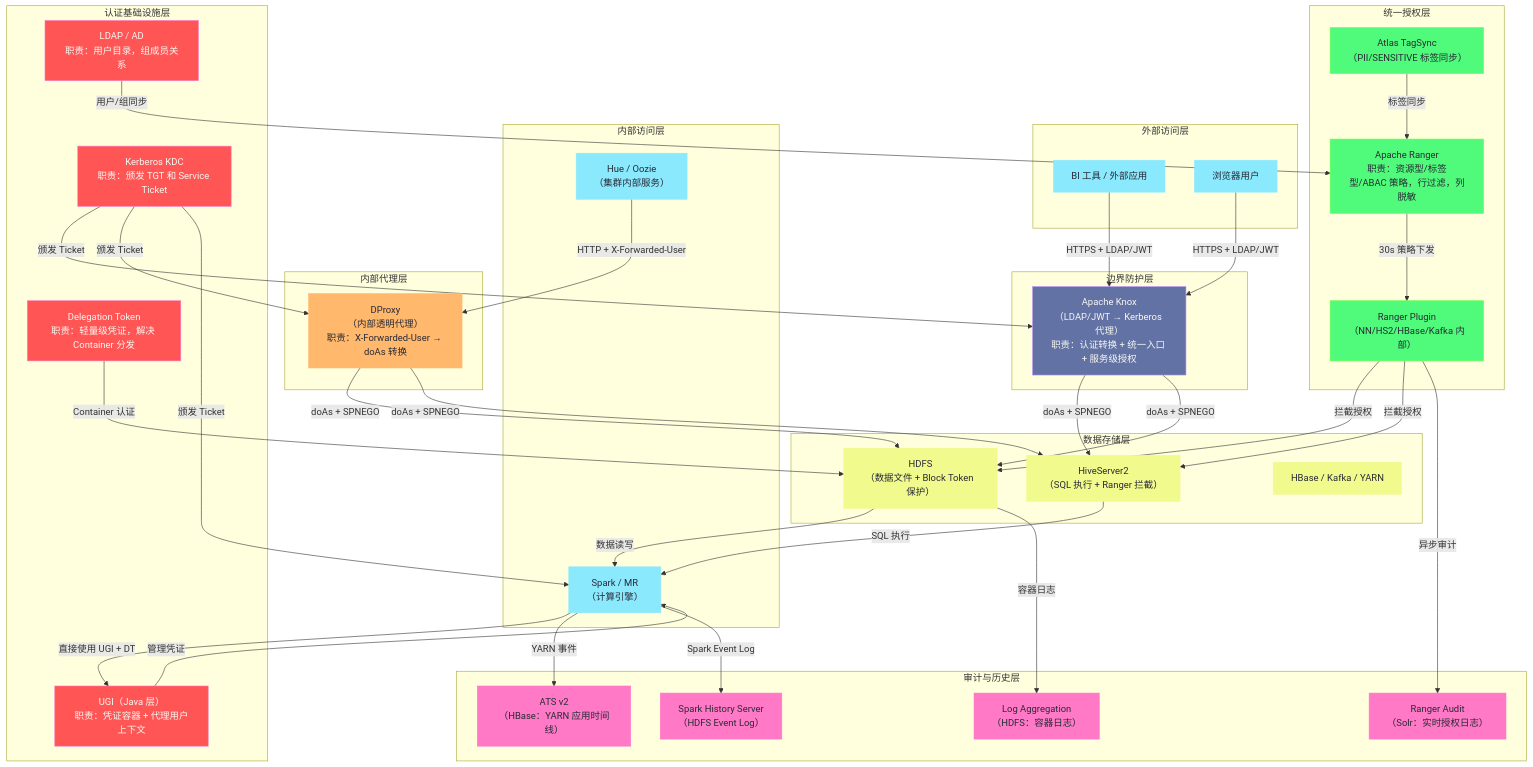
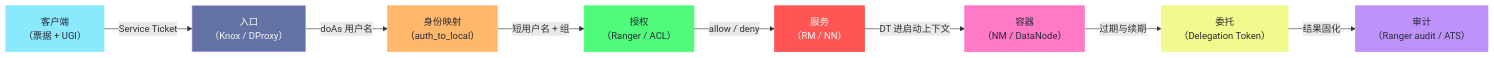
The first of 5 diagrams in content/大数据/安全与认证/08 大数据安全体系全景串联.md (hpliStartAgain/my-brain), drawn with Mermaid before and after one commit. The commit also changed other lines of this file and 455 other files, not shown here.

````diff
--- a/content/大数据/安全与认证/08 大数据安全体系全景串联.md
+++ b/content/大数据/安全与认证/08 大数据安全体系全景串联.md
@@ -484,85 +46,29 @@
 ```mermaid
 %%{init: {'theme': 'dracula'}}%%
-graph TD
-    classDef external fill:#8be9fd,stroke:#8be9fd,color:#282a36
-    classDef boundary fill:#6272a4,stroke:#bd93f9,color:#f8f8f2
-    classDef auth fill:#ff5555,stroke:#ff79c6,color:#f8f8f2
-    classDef authz fill:#50fa7b,stroke:#69ff47,color:#282a36
-    classDef proxy fill:#ffb86c,stroke:#ffb86c,color:#282a36
-    classDef audit fill:#ff79c6,stroke:#ff79c6,color:#282a36
-    classDef storage fill:#f1fa8c,stroke:#f1fa8c,color:#282a36
+flowchart LR
+    A["客户端</br>（票据 + UGI）"]:::c1
+    B["入口</br>（Knox / DProxy）"]:::c2
+    C["身份映射</br>（auth_to_local）"]:::c3
+    D["授权</br>（Ranger / ACL）"]:::c4
+    E["服务</br>（RM / NN）"]:::c5
+    F["容器</br>（NM / DataNode）"]:::c6
+    G["委托</br>（Delegation Token）"]:::c7
+    H["审计</br>（Ranger audit / ATS）"]:::c8
 
-    subgraph "外部访问层"
-        A1["BI 工具 / 外部应用"]:::external
-        A2["浏览器用户"]:::external
-    end
+    A -->|"Service Ticket"| B
+    B -->|"doAs 用户名"| C
+    C -->|"短用户名 + 组"| D
+    D -->|"allow / deny"| E
+    E -->|"DT 进启动上下文"| F
+    F -->|"过期与续期"| G
+    G -->|"结果固化"| H
 
-    subgraph "边界防护层"
-        B["Apache Knox</br>（LDAP/JWT → Kerberos 代理）</br>职责：认证转换 + 统一入口 + 服务级授权"]:::boundary
-    end
-
-    subgraph "内部访问层"
-        C1["Hue / Oozie</br>（集群内部服务）"]:::external
-        C2["Spark / MR</br>（计算引擎）"]:::external
-    end
-
-    subgraph "内部代理层"
-        D["DProxy</br>（内部透明代理）</br>职责：X-Forwarded-User → doAs 转换"]:::proxy
-    end
-
-    subgraph "认证基础设施层"
-        E1["Kerberos KDC</br>职责：颁发 TGT 和 Service Ticket"]:::auth
-        E2["LDAP / AD</br>职责：用户目录，组成员关系"]:::auth
-        E3["UGI（Java 层）</br>职责：凭证容器 + 代理用户上下文"]:::auth
-        E4["Delegation Token</br>职责：轻量级凭证，解决 Container 分发"]:::auth
-    end
-
-    subgraph "统一授权层"
-        F1["Apache Ranger</br>职责：资源型/标签型/ABAC 策略，行过滤，列脱敏"]:::authz
-        F2["Ranger Plugin</br>（NN/HS2/HBase/Kafka 内部）"]:::authz
-        F3["Atlas TagSync</br>（PII/SENSITIVE 标签同步）"]:::authz
-    end
-
-    subgraph "数据存储层"
-        G1["HDFS</br>（数据文件 + Block Token 保护）"]:::storage
-        G2["HiveServer2</br>（SQL 执行 + Ranger 拦截）"]:::storage
-        G3["HBase / Kafka / YARN"]:::storage
-    end
-
-    subgraph "审计与历史层"
-        H1["Ranger Audit</br>（Solr：实时授权日志）"]:::audit
-        H2["Log Aggregation</br>（HDFS：容器日志）"]:::audit
-        H3["ATS v2</br>（HBase：YARN 应用时间线）"]:::audit
-        H4["Spark History Server</br>（HDFS Event Log）"]:::audit
-    end
-
-    A1 -->|"HTTPS + LDAP/JWT"| B
-    A2 -->|"HTTPS + LDAP/JWT"| B
-    C1 -->|"HTTP + X-Forwarded-User"| D
-    C2 -->|"直接使用 UGI + DT"| E3
-
-    B -->|"doAs + SPNEGO"| G2
-    B -->|"doAs + SPNEGO"| G1
-    D -->|"doAs + SPNEGO"| G1
-    D -->|"doAs + SPNEGO"| G2
-
-    E1 -->|"颁发 Ticket"| B
-    E1 -->|"颁发 Ticket"| D
-    E1 -->|"颁发 Ticket"| C2
-    E2 -->|"用户/组同步"| F1
-    E3 -->|"管理凭证"| C2
-    E4 -->|"Container 认证"| G1
-
-    F1 -->|"30s 策略下发"| F2
-    F3 -->|"标签同步"| F1
-    F2 -->|"拦截授权"| G1
-    F2 -->|"拦截授权"| G2
-
-    G1 -->|"数据读写"| C2
-    G2 -->|"SQL 执行"| C2
-
-    F2 -->|"异步审计"| H1
-    G1 -->|"容器日志"| H2
-    C2 -->|"YARN 事件"| H3
-    C2 -->|"Spark Event Log"| H4
+    classDef c1 fill:#8be9fd,stroke:#8be9fd,color:#282a36
+    classDef c2 fill:#6272a4,stroke:#bd93f9,color:#f8f8f2
+    classDef c3 fill:#ffb86c,stroke:#ffb86c,color:#282a36
+    classDef c4 fill:#50fa7b,stroke:#50fa7b,color:#282a36
+    classDef c5 fill:#ff5555,stroke:#ff5555,color:#f8f8f2
+    classDef c6 fill:#ff79c6,stroke:#ff79c6,color:#282a36
+    classDef c7 fill:#f1fa8c,stroke:#f1fa8c,color:#282a36
+    classDef c8 fill:#bd93f9,stroke:#bd93f9,color:#282a36
 ```
````
